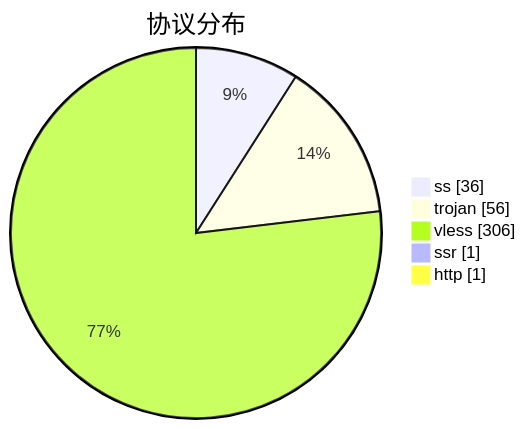
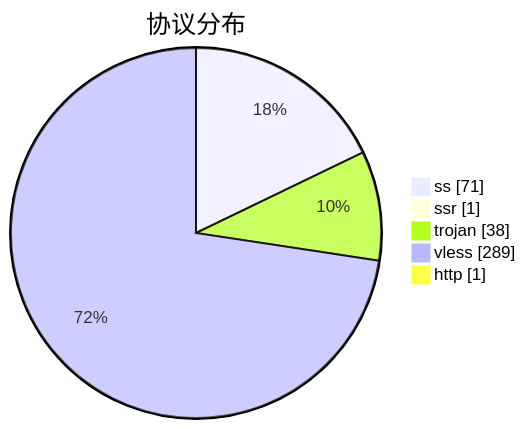
The third of 3 diagrams in subs/statistics/tested_within.md (qjlxg/airport), drawn with Mermaid before and after one commit. The commit also changed other lines of this file and 2 other files, not shown here.

````diff
--- a/subs/statistics/tested_within.md
+++ b/subs/statistics/tested_within.md
@@ -21,9 +20,9 @@
 ```mermaid
 pie showData
 title 协议分布
-"ss" : 36
-"trojan" : 56
-"vless" : 306
+"ss" : 71
 "ssr" : 1
+"trojan" : 38
+"vless" : 289
 "http" : 1
 ```
````
